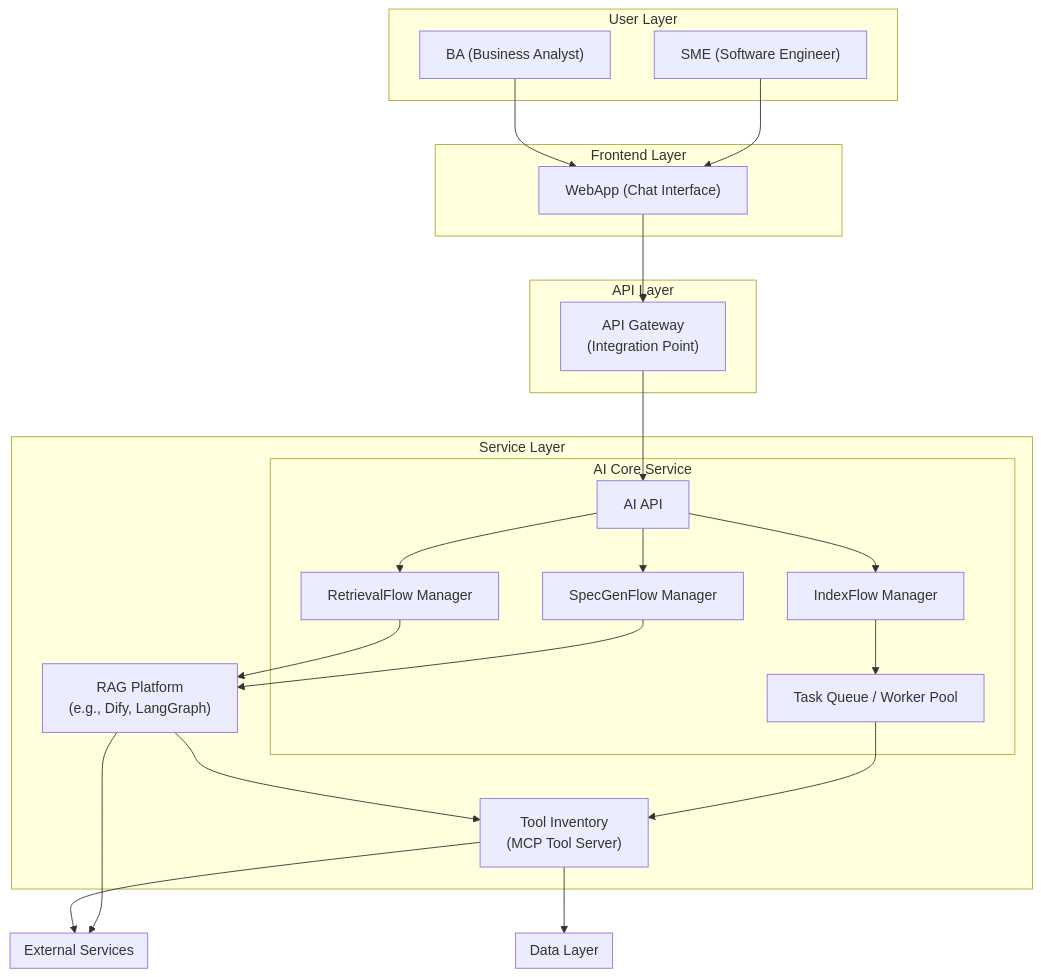
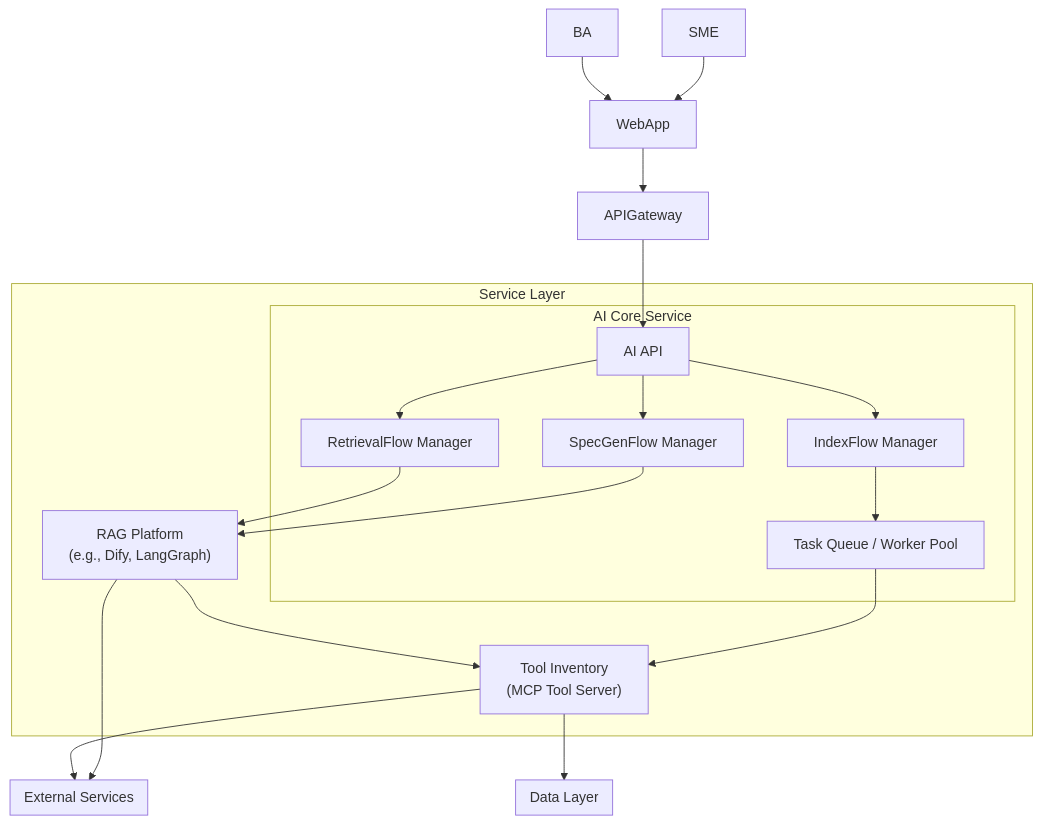
The third of 3 diagrams in Project Assistant/README.md (anhttmle/CAIO), drawn with Mermaid before and after one commit.

````diff
--- a/Project Assistant/README.md
+++ b/Project Assistant/README.md
@@ -82,22 +82,6 @@
 ```mermaid
 
 graph TB
-    %% User Layer
-    subgraph LUser["User Layer"]
-        SME["SME (Software Engineer)"]
-        BA["BA (Business Analyst)"]
-    end
-
-    %% Frontend Layer
-    subgraph LFrontend["Frontend Layer"]
-        WebApp["WebApp (Chat Interface)"]
-    end
-
-    %% API Layer
-    subgraph LAPI["API Layer"]
-        APIGateway["API Gateway<br/>(Integration Point)"]
-    end
-
     %% Service Layer
     subgraph LService["Service Layer"]
 
````
